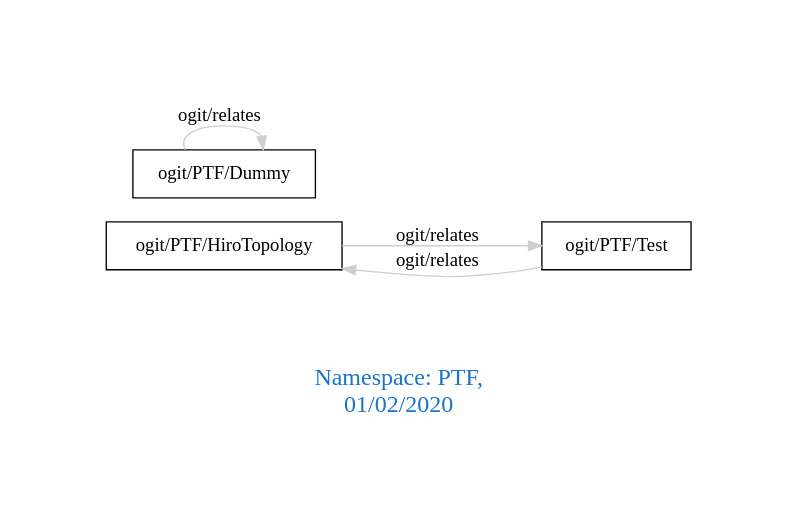
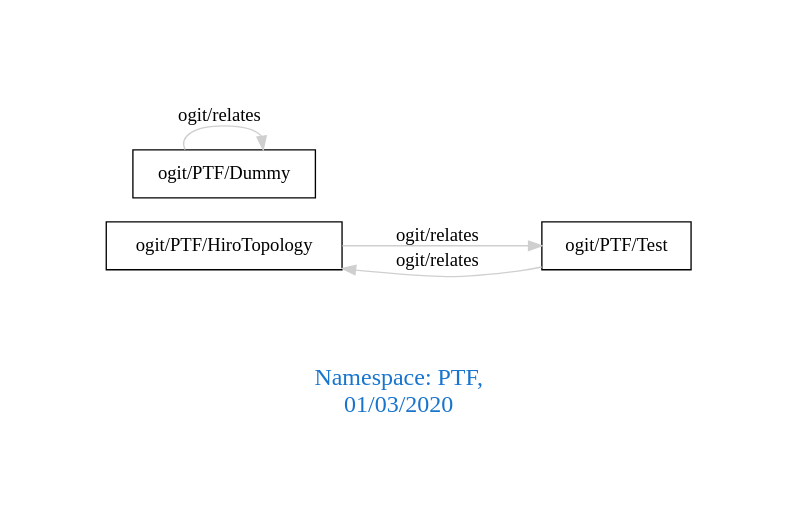
The diagram in downloads/PTF.dot (arago/OGIT), drawn with Graphviz before and after one commit. The commit also changed 1654 other files, not shown here.

```diff
--- a/downloads/PTF.dot
+++ b/downloads/PTF.dot
@@ -1,11 +1,11 @@
 digraph OGIT_ontology {
  graph [ rankdir= LR,pad=1 
 fontsize = 18,
-fontcolor= dodgerblue3,label = "\n\n\nNamespace: PTF, \n 01/02/2020"];
+fontcolor= dodgerblue3,label = "\n\n\nNamespace: PTF, \n 01/03/2020"];
 node[shape=polygon];
 edge [  color="gray81"];
 
    "ogit/PTF/HiroTopology" -> "ogit/PTF/Test" [label="   ogit/relates    "];
    "ogit/PTF/Test" -> "ogit/PTF/HiroTopology" [label="   ogit/relates    "];
    "ogit/PTF/Dummy" -> "ogit/PTF/Dummy" [label="   ogit/relates    "];
 }
```
